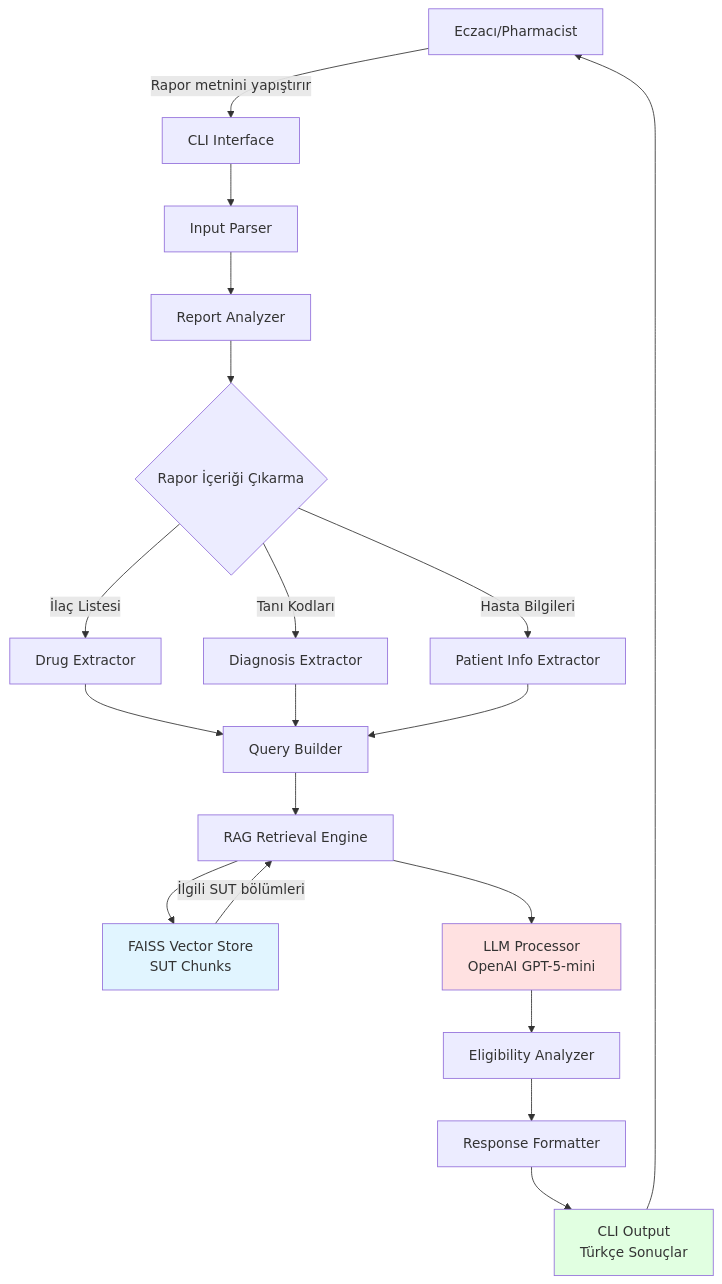
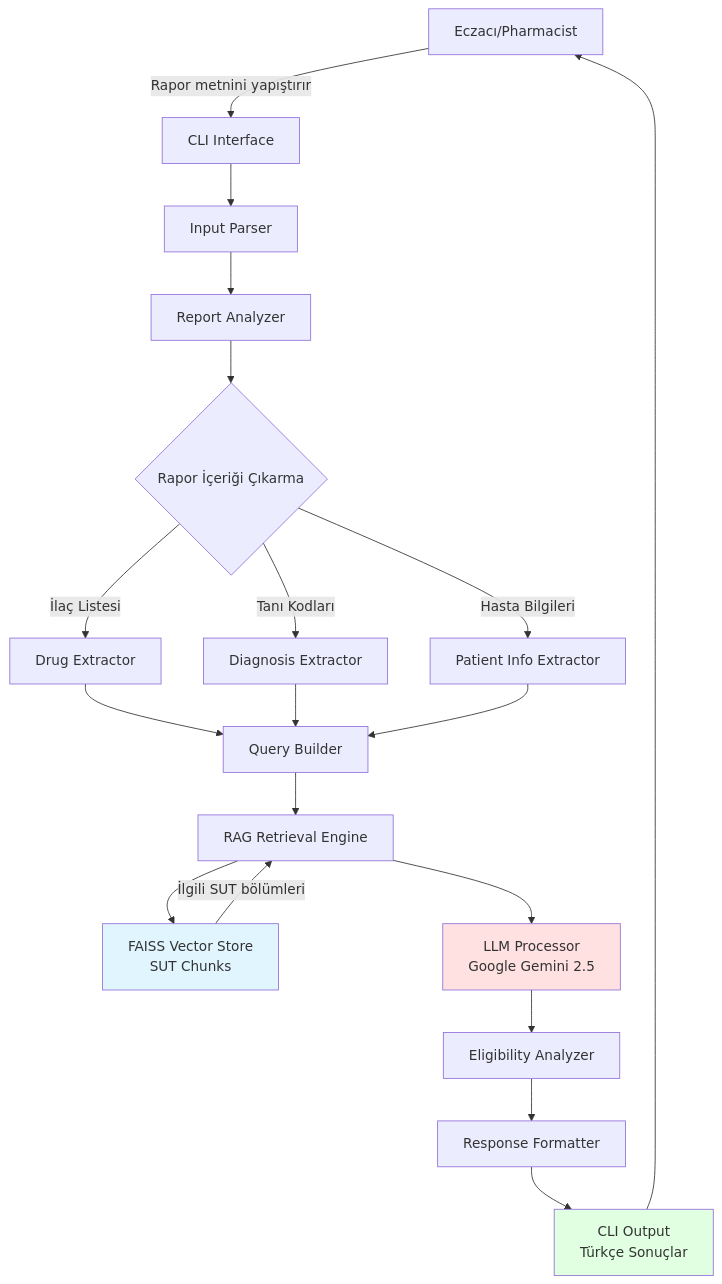
One commit to ozgurgulsoy/Pharmacy-Agent changed the first of 2 diagrams in architecture.md. Above: the diagram before and after it, drawn with Mermaid. The commit also changed other lines of this file and 23 other files, not shown here.

````diff
--- a/architecture.md
+++ b/architecture.md
@@ -27,28 +27,28 @@
 ```mermaid
 graph TB
     A[Eczacı/Pharmacist] -->|Rapor metnini yapıştırır| B[CLI Interface]
     B --> C[Input Parser]
     C --> D[Report Analyzer]
     D --> E{Rapor İçeriği Çıkarma}
     E -->|İlaç Listesi| F[Drug Extractor]
     E -->|Tanı Kodları| G[Diagnosis Extractor]
     E -->|Hasta Bilgileri| H[Patient Info Extractor]
     
     F --> I[Query Builder]
     G --> I
     H --> I
     
     I --> J[RAG Retrieval Engine]
     J --> K[FAISS Vector Store<br/>SUT Chunks]
     K -->|İlgili SUT bölümleri| J
     
-    J --> L[LLM Processor<br/>OpenAI GPT-5-mini]
+    J --> L[LLM Processor<br/>Google Gemini 2.5]
     L --> M[Eligibility Analyzer]
     M --> N[Response Formatter]
     N --> O[CLI Output<br/>Türkçe Sonuçlar]
     O --> A
     
     style K fill:#e1f5ff
     style L fill:#ffe1e1
     style O fill:#e1ffe1
 ```
````
